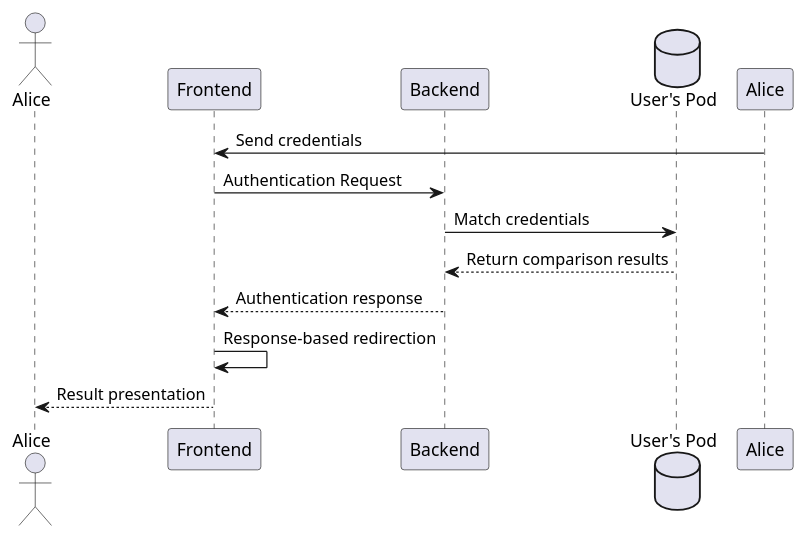
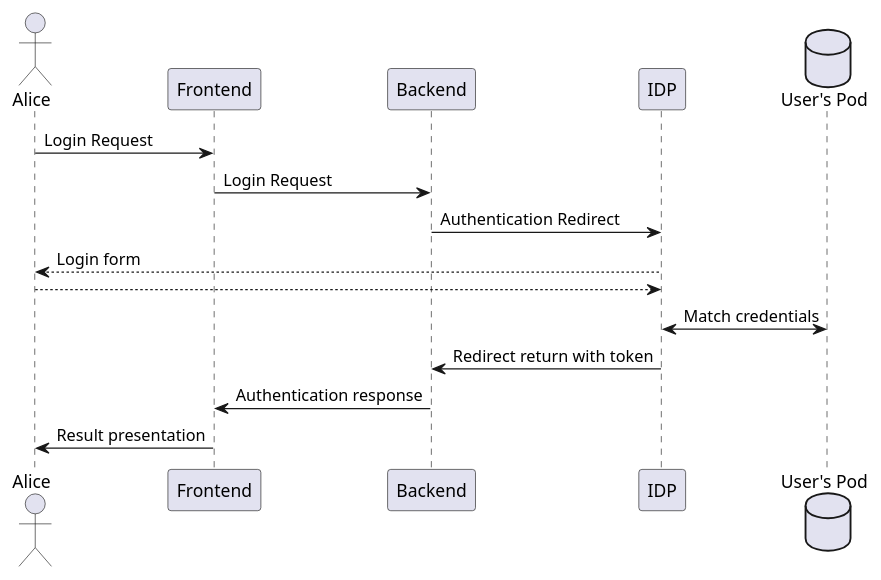
One commit to Arquisoft/lomap_en1a changed the first of 4 diagrams in docs/06_runtime_view.adoc. Above: the diagram before and after it, drawn with PlantUML. The commit also changed other lines of this file and 2 other files, not shown here.

```diff
--- a/docs/06_runtime_view.adoc
+++ b/docs/06_runtime_view.adoc
@@ -37,16 +9,20 @@
-[plantuml,"Login scenario",png]
+[plantuml,"Login scenario",svg]
 ----
 @startuml
 actor User as "Alice"
 participant Frontend
 participant Backend
+participant IDP
 database Pod as "User's Pod"
-Alice-> Frontend: Send credentials
-Frontend-> Backend: Authentication Request
-Backend-> Pod: Match credentials
-Pod --> Backend: Return comparison results
-Backend--> Frontend: Authentication response
-Frontend-> Frontend: Response-based redirection
-Frontend--> User: Result presentation
+
+User -> Frontend: Login Request
+Frontend -> Backend: Login Request
+Backend -> IDP: Authentication Redirect
+IDP --> User: Login form
+IDP <-- User
+IDP <-> Pod: Match credentials
+IDP -> Backend: Redirect return with token
+Backend -> Frontend: Authentication response
+Frontend -> User: Result presentation
 @enduml
 ----
```
